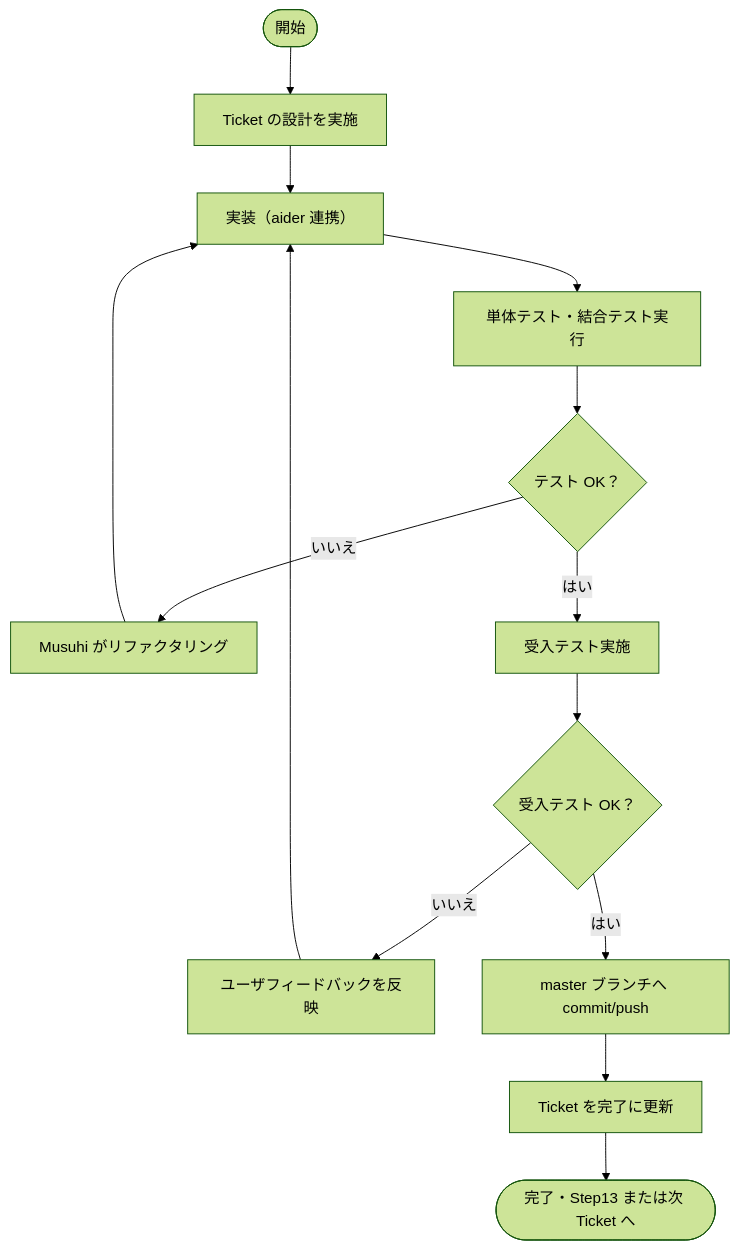
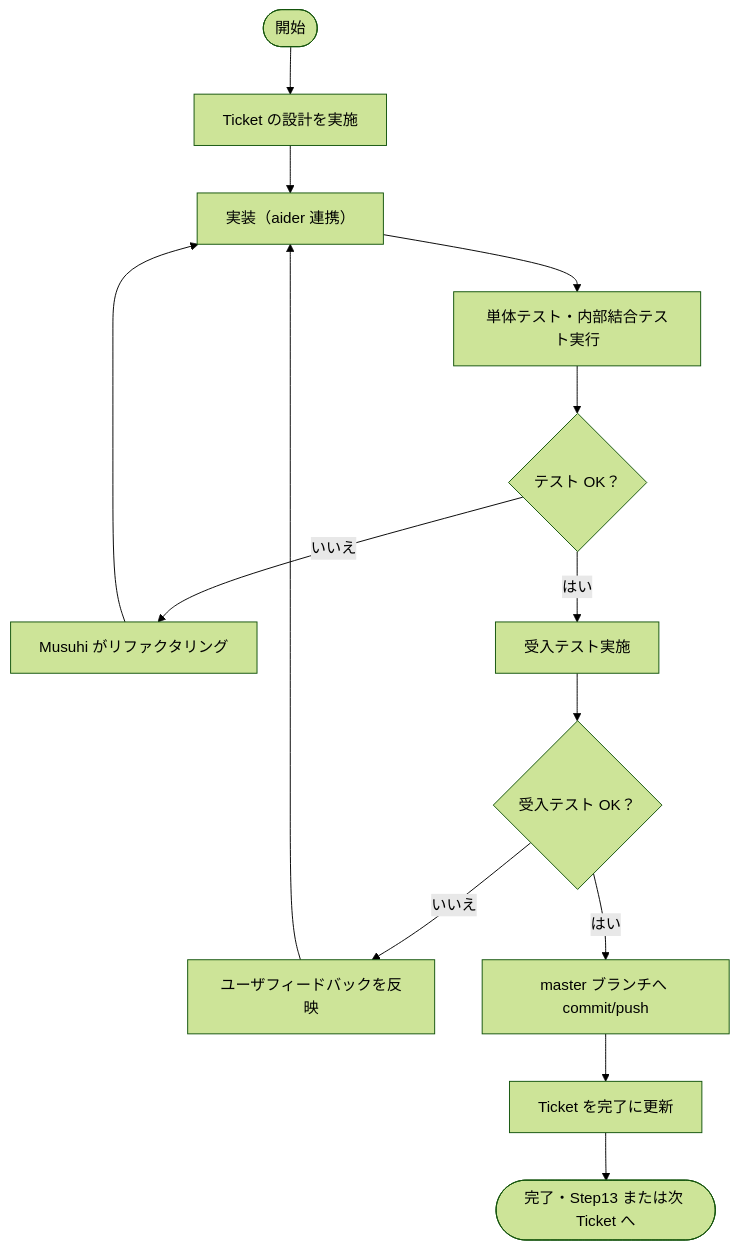
One commit to BossApe/lo-vibe changed diagram 15 of 17 in _document/002.要件定義フェーズ/001.要件定義/001-01.機能要件定義書.md. Above: the diagram before and after it, drawn with Mermaid (forest theme). The commit also changed other lines of this file and 15 other files, not shown here.

````diff
--- a/_document/002.要件定義フェーズ/001.要件定義/001-01.機能要件定義書.md
+++ b/_document/002.要件定義フェーズ/001.要件定義/001-01.機能要件定義書.md
@@ -593,16 +593,16 @@
 ```mermaid
 flowchart TD
     A([開始]) --> B[Ticket の設計を実施]
     B --> C[実装（aider 連携）]
-    C --> D[単体テスト・結合テスト実行]
+    C --> D[単体テスト・内部結合テスト実行]
     D --> E{テスト OK？}
     E -- いいえ --> F[Musuhi がリファクタリング]
     F --> C
     E -- はい --> G[受入テスト実施]
     G --> H{受入テスト OK？}
     H -- いいえ --> I[ユーザフィードバックを反映]
     I --> C
     H -- はい --> J[master ブランチへ commit/push]
     J --> K[Ticket を完了に更新]
     K --> L([完了・Step13 または次 Ticket へ])
 ```
````
